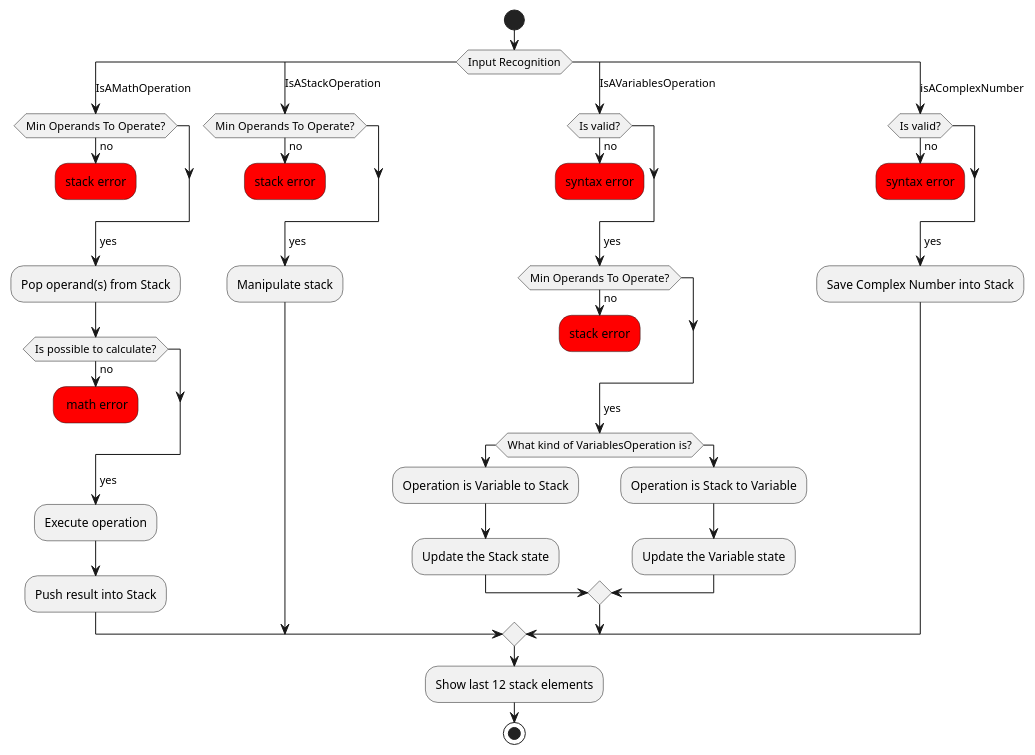
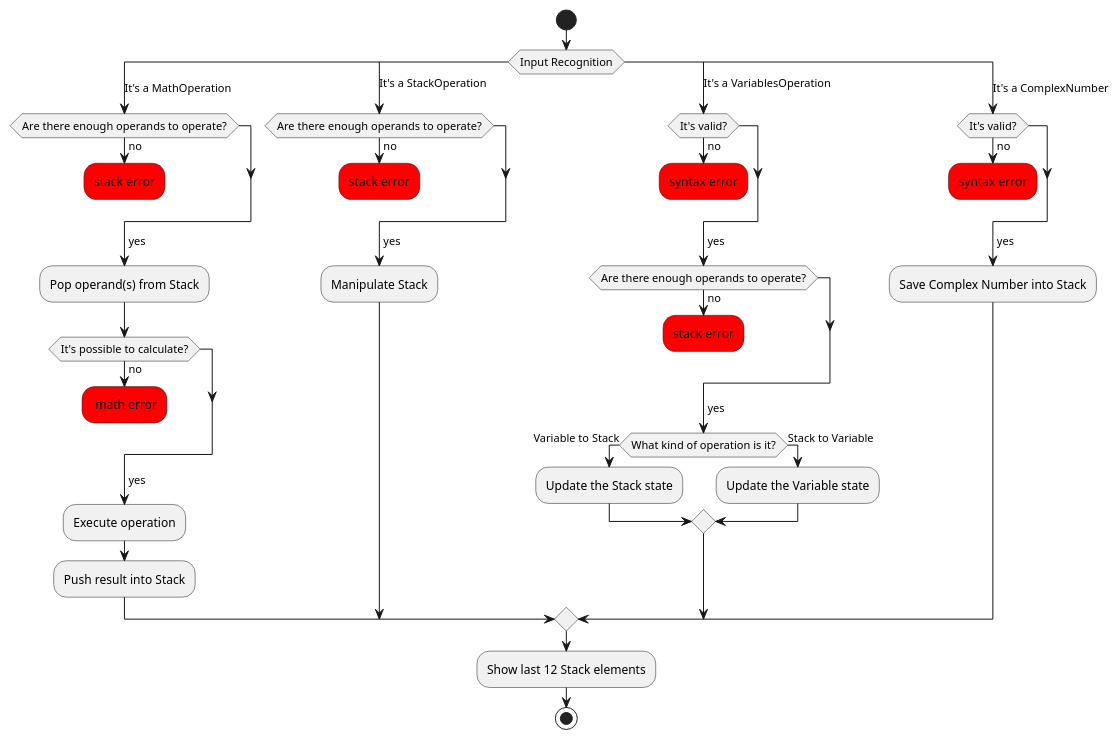
One commit to CiroCutolo/Scientific_Calculator_group01_2023 changed the diagram in activity_diagram/General_ActivityDiagram.puml. Above: the diagram before and after it, drawn with PlantUML.

Commit message:
correzione if variablesOperation

```diff
--- a/activity_diagram/General_ActivityDiagram.puml
+++ b/activity_diagram/General_ActivityDiagram.puml
@@ -1,64 +1,64 @@
 @startuml ActivityDiagram
 
 start
 switch (Input Recognition)
-case (IsAMathOperation)
-	if (Min Operands To Operate?) then
+case (It's a MathOperation)
+	if (Are there enough operands to operate?) then
 		->no;
 		#red:stack error;
 		kill
 	endif
 	->yes;
 	:Pop operand(s) from Stack;
-	if(Is possible to calculate?) then
+	if(It's possible to calculate?) then
 		->no;
 		#red: math error;
 		kill
 	endif
 	->yes;
 	:Execute operation;
 	:Push result into Stack;
 
-case (IsAStackOperation)
-	if (Min Operands To Operate?) then
+case (It's a StackOperation)
+	if (Are there enough operands to operate?) then
 		->no;
 		#red:stack error;
 		kill
 	endif
 	->yes;
-	:Manipulate stack;
+	:Manipulate Stack;
 
-case (IsAVariablesOperation)
-	if (Is valid?) then
+case (It's a VariablesOperation)
+	if (It's valid?) then
 		->no;
 		#red:syntax error;
 		kill
 	endif
 	->yes;
-	if (Min Operands To Operate?) then
+	if (Are there enough operands to operate?) then
 		->no;
 		#red:stack error;
 		kill
 	endif
 	->yes;
-	if (What kind of VariablesOperation is?) then
-		:Operation is Variable to Stack;
+	if (What kind of operation is it?) then
+		->Variable to Stack;
 		:Update the Stack state;
 	else
-		:Operation is Stack to Variable;
+		->Stack to Variable;
 		:Update the Variable state;
 	endif
-case (isAComplexNumber)
-	if (Is valid?) then
+case (It's a ComplexNumber)
+	if (It's valid?) then
 		->no;
 		#red:syntax error;
 		kill
 	endif
 	->yes;
 	:Save Complex Number into Stack;
 endswitch
 
--Show last 12 stack elements
+-Show last 12 Stack elements
 stop
 
 @enduml
```
